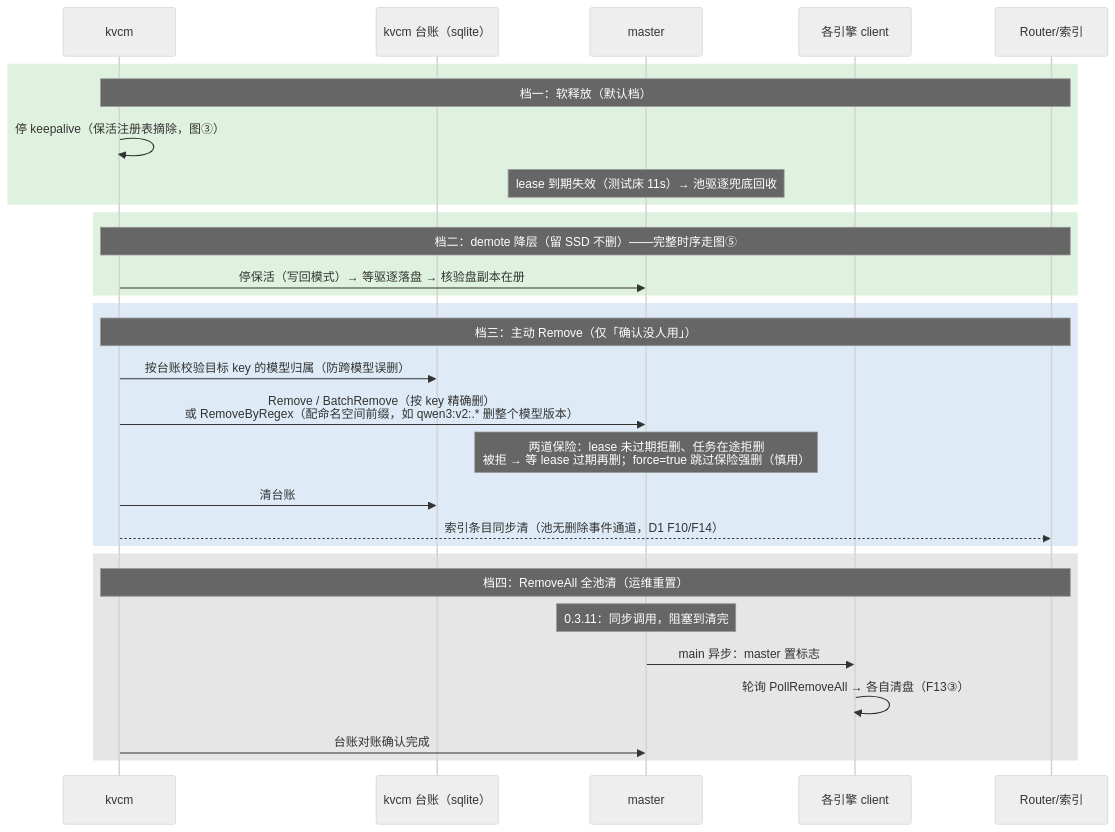
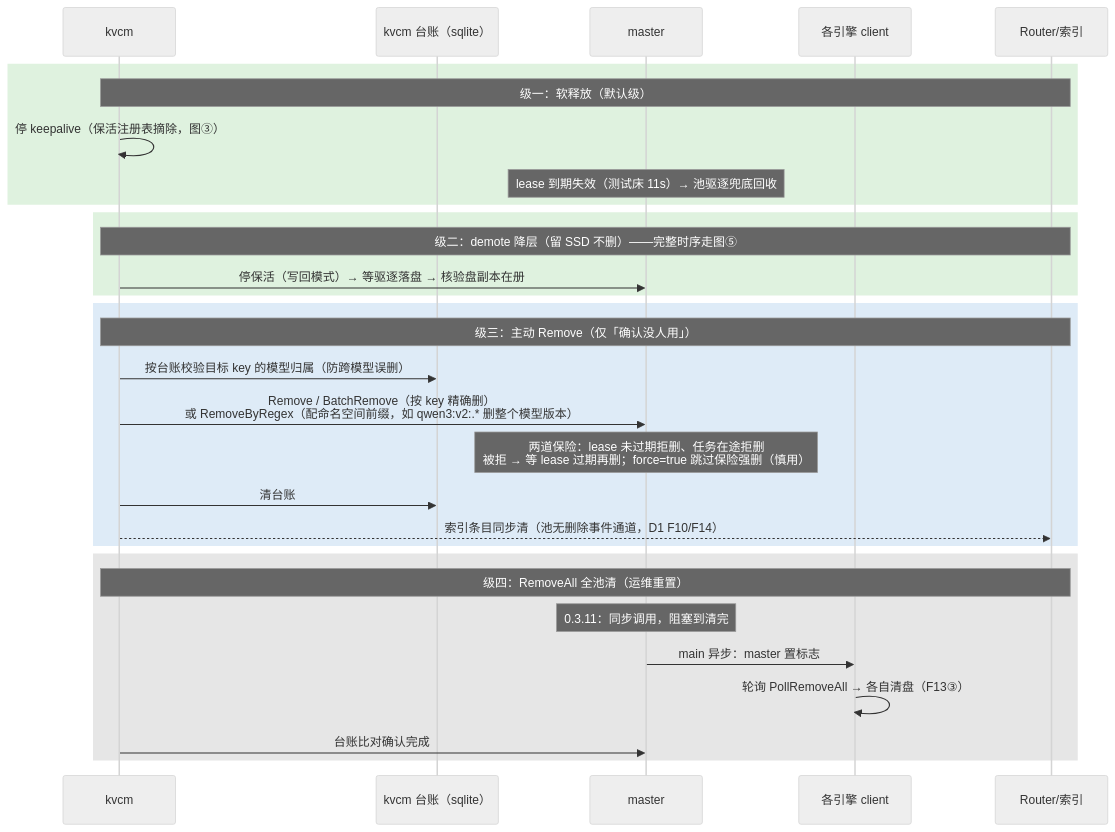
Before and after one commit to 5x8-40/lake: the ninth of 10 diagrams in kvcm/D2-kv-operations.md, drawn with Mermaid (neutral theme). The commit also changed other lines of this file and 4 other files, not shown here.

````diff
--- a/kvcm/D2-kv-operations.md
+++ b/kvcm/D2-kv-operations.md
@@ -631,36 +642,36 @@
 ```mermaid
 sequenceDiagram
     participant K as kvcm
     participant T as kvcm 台账（sqlite）
     participant M as master
     participant E as 各引擎 client
     participant R as Router/索引
 
     rect rgb(223, 242, 223)
-    Note over K,R: 档一：软释放（默认档）
+    Note over K,R: 级一：软释放（默认级）
     K->>K: 停 keepalive（保活注册表摘除，图③）
     Note over M: lease 到期失效（测试床 11s）→ 池驱逐兜底回收
     end
 
     rect rgb(223, 242, 223)
-    Note over K,R: 档二：demote 降层（留 SSD 不删）——完整时序走图⑤
+    Note over K,R: 级二：demote 降层（留 SSD 不删）——完整时序走图⑤
     K->>M: 停保活（写回模式）→ 等驱逐落盘 → 核验盘副本在册
     end
 
     rect rgb(222, 235, 247)
-    Note over K,R: 档三：主动 Remove（仅「确认没人用」）
+    Note over K,R: 级三：主动 Remove（仅「确认没人用」）
     K->>T: 按台账校验目标 key 的模型归属（防跨模型误删）
     K->>M: Remove / BatchRemove（按 key 精确删）<br/>或 RemoveByRegex（配命名空间前缀，如 qwen3:v2:.* 删整个模型版本）
     Note over M: 两道保险：lease 未过期拒删、任务在途拒删<br/>被拒 → 等 lease 过期再删；force=true 跳过保险强删（慎用）
     K->>T: 清台账
     K-->>R: 索引条目同步清（池无删除事件通道，D1 F10/F14）
     end
 
     rect rgb(230, 230, 230)
-    Note over K,R: 档四：RemoveAll 全池清（运维重置）
+    Note over K,R: 级四：RemoveAll 全池清（运维重置）
     Note over M: 0.3.11：同步调用，阻塞到清完
     M->>E: main 异步：master 置标志
     E->>E: 轮询 PollRemoveAll → 各自清盘（F13③）
-    K->>M: 台账对账确认完成
+    K->>M: 台账比对确认完成
     end
 ```
````
